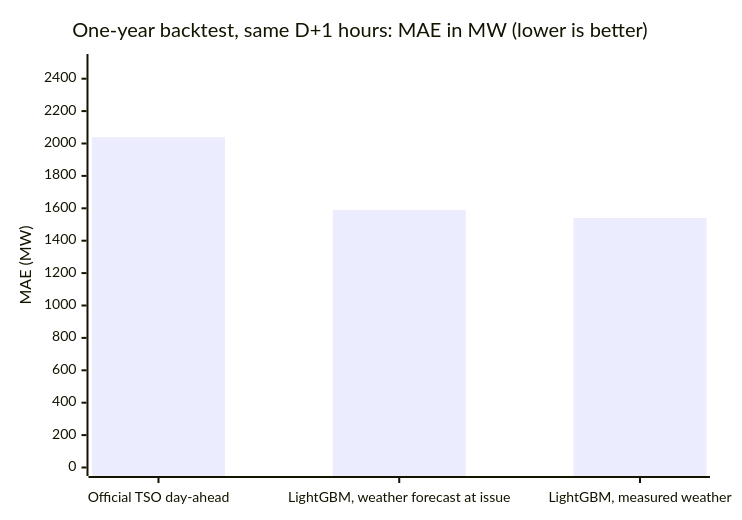
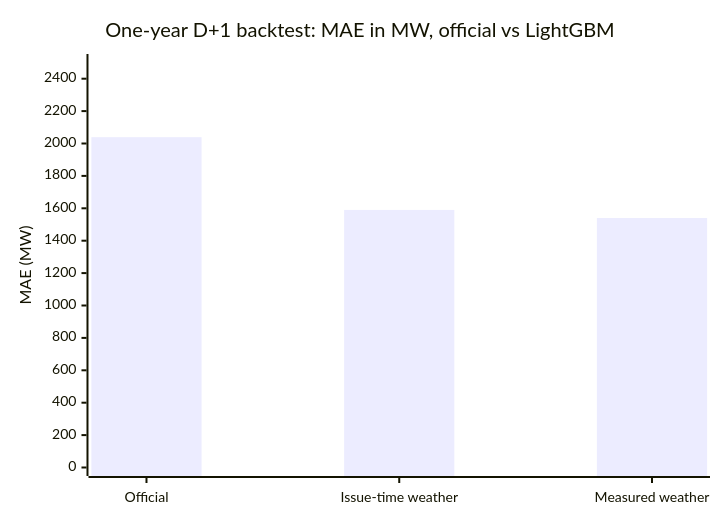
One commit to laabidi-ahmed-ai/germany-electricity-load-forecasting-mlops changed the first of 2 diagrams in README.md. Above: the diagram before and after it, drawn with Mermaid.

Commit message:
Shorten the headline chart's x-axis labels

````diff
--- a/README.md
+++ b/README.md
@@ -11,7 +11,7 @@
 ```mermaid
 xychart-beta
-    title "One-year backtest, same D+1 hours: MAE in MW (lower is better)"
-    x-axis ["Official TSO day-ahead", "LightGBM, weather forecast at issue", "LightGBM, measured weather"]
+    title "One-year D+1 backtest: MAE in MW, official vs LightGBM"
+    x-axis ["Official", "Issue-time weather", "Measured weather"]
     y-axis "MAE (MW)" 0 --> 2500
     bar [2039, 1590, 1540]
 ```
````
